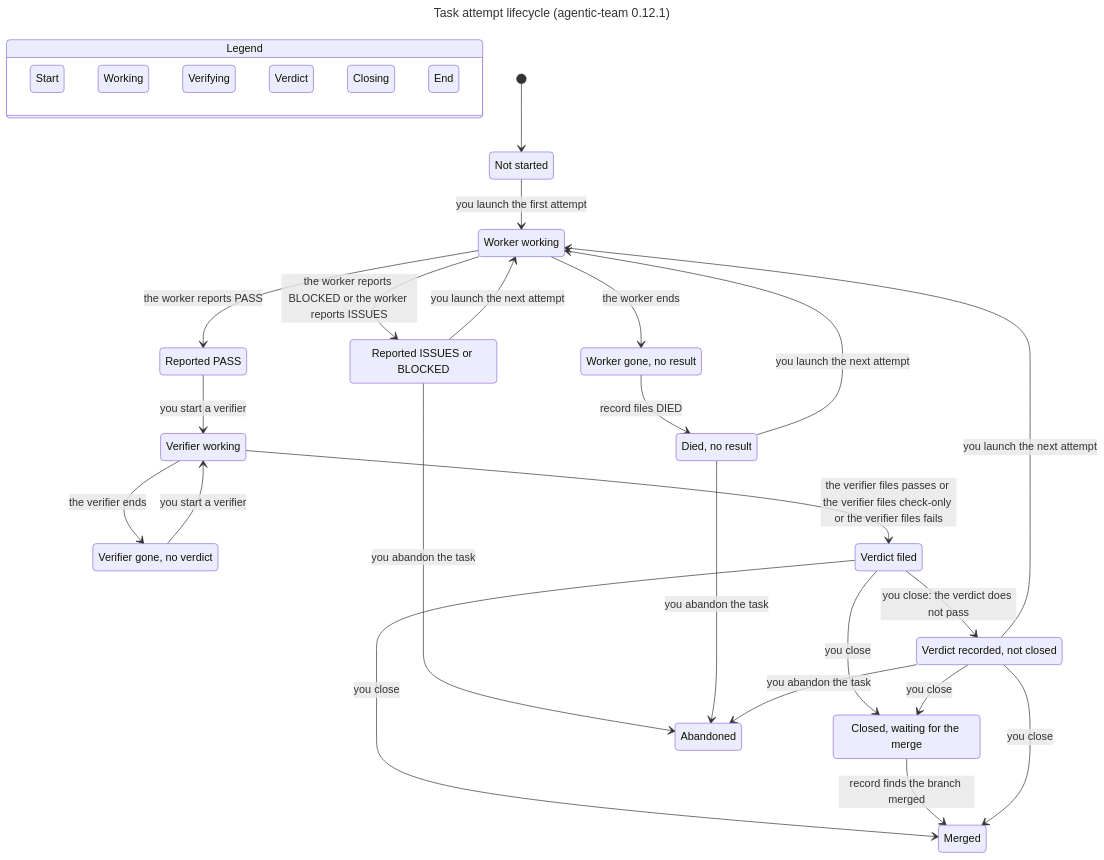
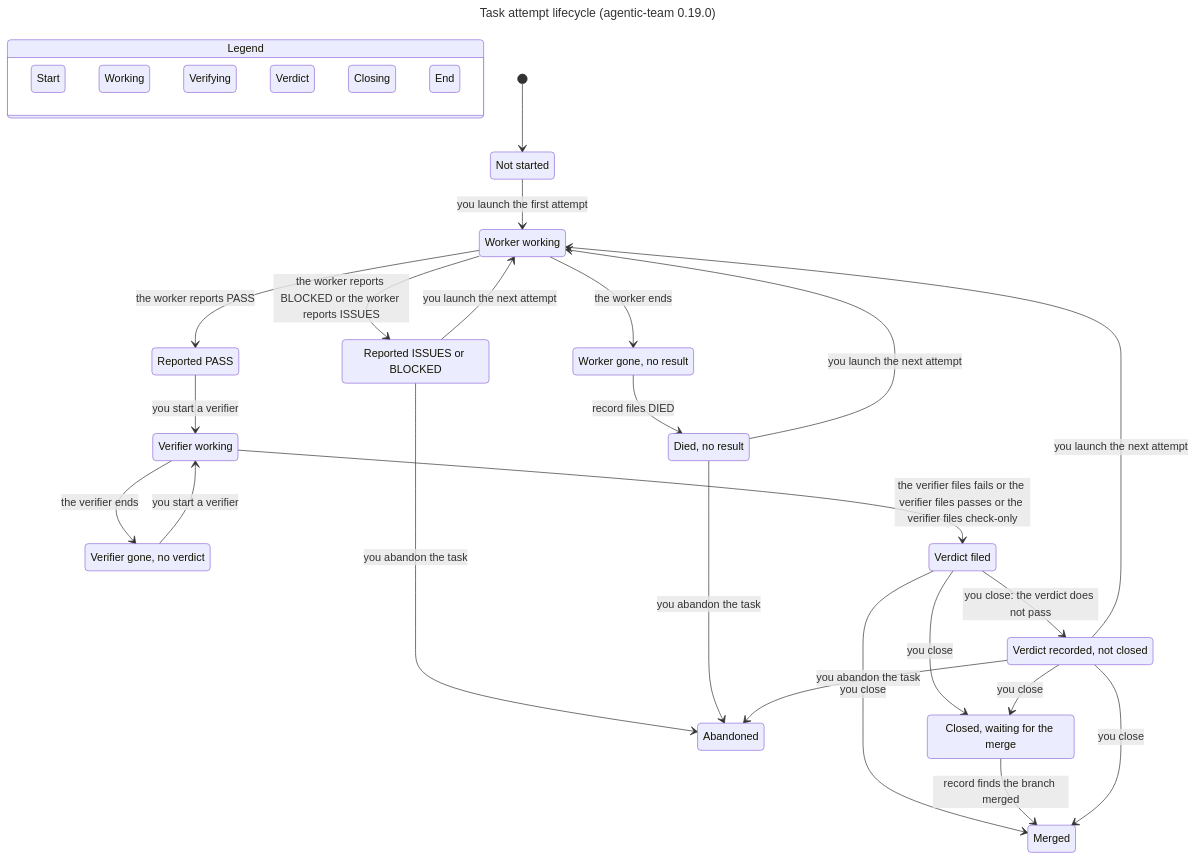
Before and after one commit to ronicayu/ronica-skills: the diagram in plugins/agentic-team/assets/diagrams/attempt-statechart.mmd, drawn with Mermaid. The commit also changed 6 other files, not shown here.

First line of the commit message:
agentic-team 0.19.0: TLC results and diagrams for done-after-merge

```diff
--- a/plugins/agentic-team/assets/diagrams/attempt-statechart.mmd
+++ b/plugins/agentic-team/assets/diagrams/attempt-statechart.mmd
@@ -1,69 +1,69 @@
 ---
-title: "Task attempt lifecycle (agentic-team 0.12.1)"
+title: "Task attempt lifecycle (agentic-team 0.19.0)"
 ---
 stateDiagram-v2
   %% Generated by the statechart skill from plugins/agentic-team/model (overview.cfg, overview-view.mjs).
   %% Do not edit by hand: rerun the model, copy its chart.mmd here, and render it with
   %% plugins/statechart/skills/statechart/scripts/render.mjs (assets/diagrams/render.mjs skips this file).
   state "Legend" as legend {
     lg0: Start
     lg1: Working
     lg2: Verifying
     lg3: Verdict
     lg4: Closing
     lg5: End
   }
   class lg0 blue
   class lg1 orange
   class lg2 purple
   class lg3 yellow
   class lg4 teal
   class lg5 tan
   s0: Not started
   s1: Worker working
   s2: Reported ISSUES or BLOCKED
   s3: Reported PASS
   s4: Worker gone, no result
-  s5: Verifier working
-  s6: Died, no result
+  s5: Died, no result
+  s6: Verifier working
   s7: Verifier gone, no verdict
   s8: Verdict filed
-  s9: Closed, waiting for the merge
-  s10: Abandoned
-  s11: Verdict recorded, not closed
+  s9: Abandoned
+  s10: Verdict recorded, not closed
+  s11: Closed, waiting for the merge
   s12: Merged
   [*] --> s0
   s0 --> s1: you launch the first attempt
   s1 --> s2: the worker reports BLOCKED or the worker reports ISSUES
   s1 --> s3: the worker reports PASS
   s1 --> s4: the worker ends
-  s3 --> s5: you start a verifier
-  s4 --> s6: record files DIED
-  s5 --> s7: the verifier ends
-  s5 --> s8: the verifier files passes or the verifier files check-only or the verifier files fails
+  s3 --> s6: you start a verifier
+  s4 --> s5: record files DIED
   s2 --> s1: you launch the next attempt
-  s6 --> s1: you launch the next attempt
-  s7 --> s5: you start a verifier
-  s2 --> s10: you abandon the task
-  s8 --> s9: you close
+  s5 --> s1: you launch the next attempt
+  s6 --> s7: the verifier ends
+  s6 --> s8: the verifier files fails or the verifier files passes or the verifier files check-only
+  s7 --> s6: you start a verifier
+  s2 --> s9: you abandon the task
+  s8 --> s10: you close: the verdict does not pass
+  s8 --> s11: you close
   s8 --> s12: you close
-  s8 --> s11: you close: the verdict does not pass
-  s6 --> s10: you abandon the task
-  s11 --> s1: you launch the next attempt
-  s9 --> s12: record finds the branch merged
-  s11 --> s9: you close
-  s11 --> s12: you close
-  s11 --> s10: you abandon the task
+  s5 --> s9: you abandon the task
+  s10 --> s1: you launch the next attempt
+  s11 --> s12: record finds the branch merged
+  s10 --> s11: you close
+  s10 --> s12: you close
+  s10 --> s9: you abandon the task
   class s0 blue
   class s1 orange
   class s2 orange
   class s3 orange
   class s4 orange
-  class s5 purple
-  class s6 orange
+  class s5 orange
+  class s6 purple
   class s7 purple
   class s8 purple
-  class s9 teal
-  class s10 tan
-  class s11 yellow
+  class s9 tan
+  class s10 yellow
+  class s11 teal
   class s12 tan
```
